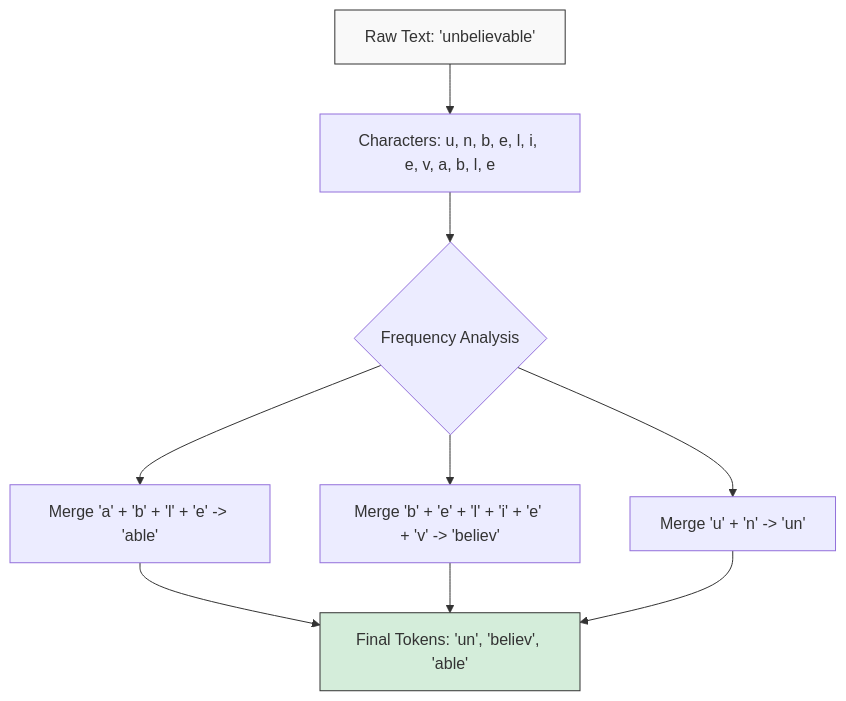
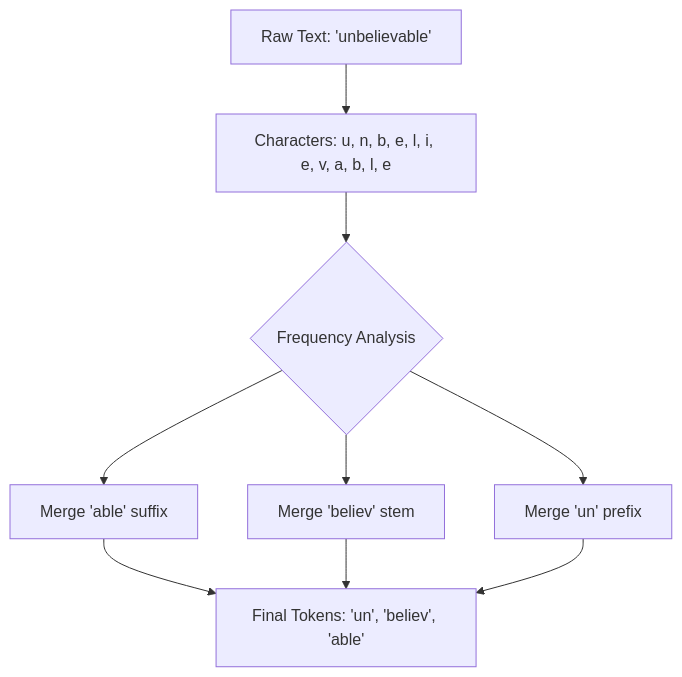
The diagram in src/content/docs/concepts/genai-ml/token.md (kythuatdulieu/kythuatdulieu.github.io), drawn with Mermaid before and after one commit. The commit also changed other lines of this file and 44 other files, not shown here.

````diff
--- a/src/content/docs/concepts/genai-ml/token.md
+++ b/src/content/docs/concepts/genai-ml/token.md
@@ -42,12 +42,9 @@
 ```mermaid
 flowchart TD
     A[Raw Text: 'unbelievable'] --> B[Characters: u, n, b, e, l, i, e, v, a, b, l, e]
     B --> C{Frequency Analysis}
-    C --> D[Merge 'a' + 'b' + 'l' + 'e' -> 'able']
-    C --> E[Merge 'b' + 'e' + 'l' + 'i' + 'e' + 'v' -> 'believ']
-    C --> F[Merge 'u' + 'n' -> 'un']
+    C --> D[Merge 'able' suffix]
+    C --> E[Merge 'believ' stem]
+    C --> F[Merge 'un' prefix]
     D & E & F --> G[Final Tokens: 'un', 'believ', 'able']
-    
-    style A fill:#f9f9f9,stroke:#333
-    style G fill:#d4edda,stroke:#333
 ```
````
